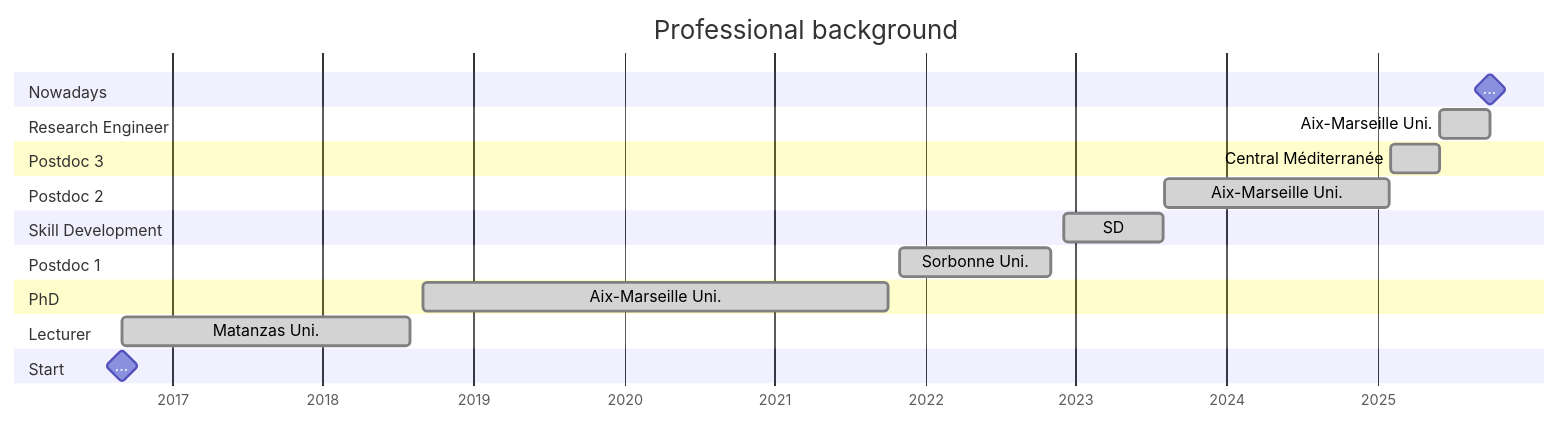
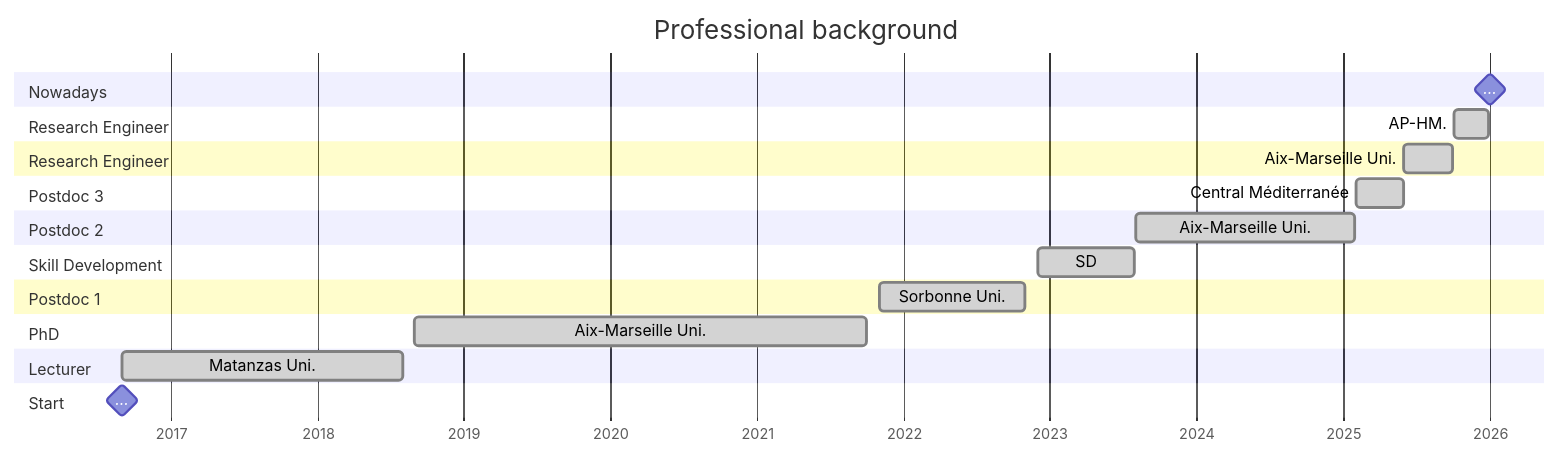
Before and after one commit to olcruzgonzalez/olcruzgonzalez.github.io: the diagram in _tabs/experience.md, drawn with Mermaid. The commit also changed other lines of this file and 3 other files, not shown here.

````diff
--- a/_tabs/experience.md
+++ b/_tabs/experience.md
@@ -48,24 +53,26 @@
 ```mermaid
   gantt
     title  Professional background
     dateFormat  YYYY-MM-DD
     axisFormat %Y
   section Nowadays
-    ... :milestone, aa, 2025-10-01, 2025-10-01
+    ... :milestone, aa, 2026-01-01, 2026-01-02
+  section Research Engineer 
+    AP-HM. :done, b, 2025-10-06, 2025-12-31
   section Research Engineer
     Aix-Marseille Uni. :done, b, 2025-06-01, 2025-09-30
   section Postdoc 3
     Central Méditerranée :done, b, 2025-02-01, 2025-05-31
   section Postdoc 2
     Aix-Marseille Uni. :done, b, 2023-08-03, 2025-01-31
   section Skill Development
     SD :done, a, 2022-12-01, 2023-08-01
   section Postdoc 1
     Sorbonne Uni. :done, a, 2021-11-01, 2022-11-01
   section PhD
     Aix-Marseille Uni. :done, a, 2018-09-01, 2021-10-01
   section Lecturer
     Matanzas Uni. :done, a, 2016-09-01, 2018-08-01
   section Start
     ... :milestone, aa, 2016-09-01, 2016-09-01
 ```
````
